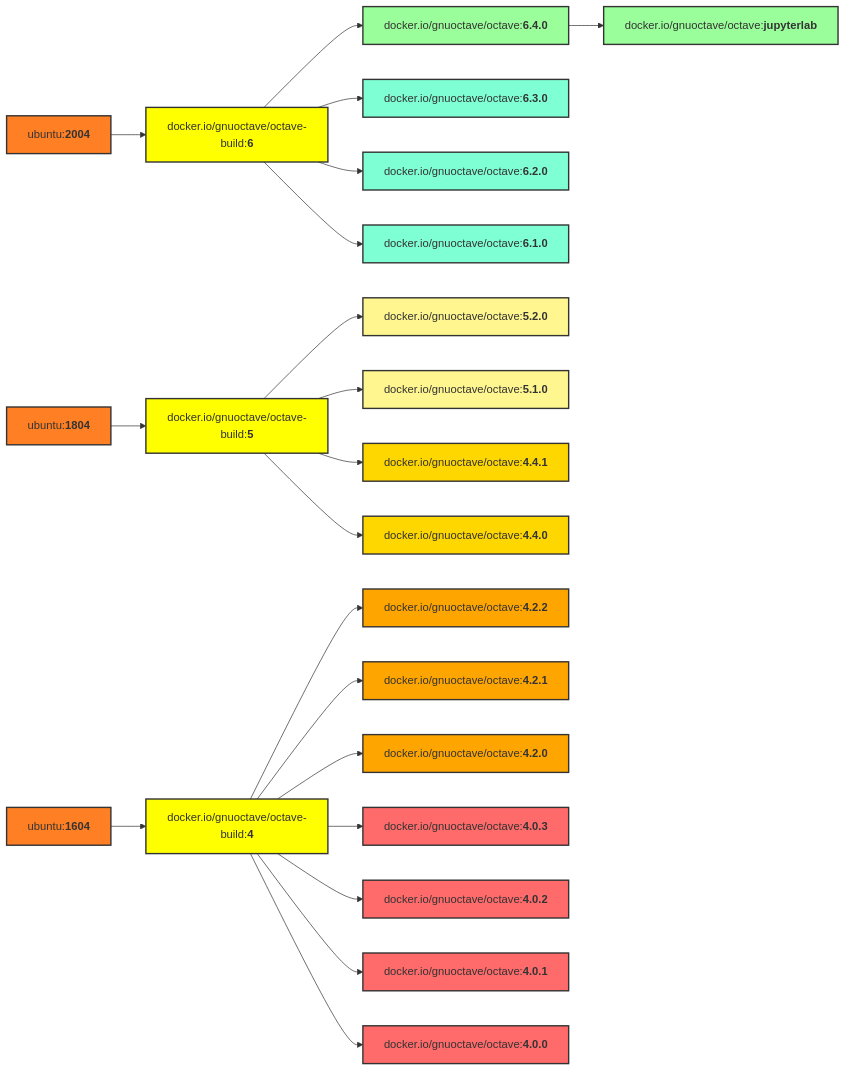
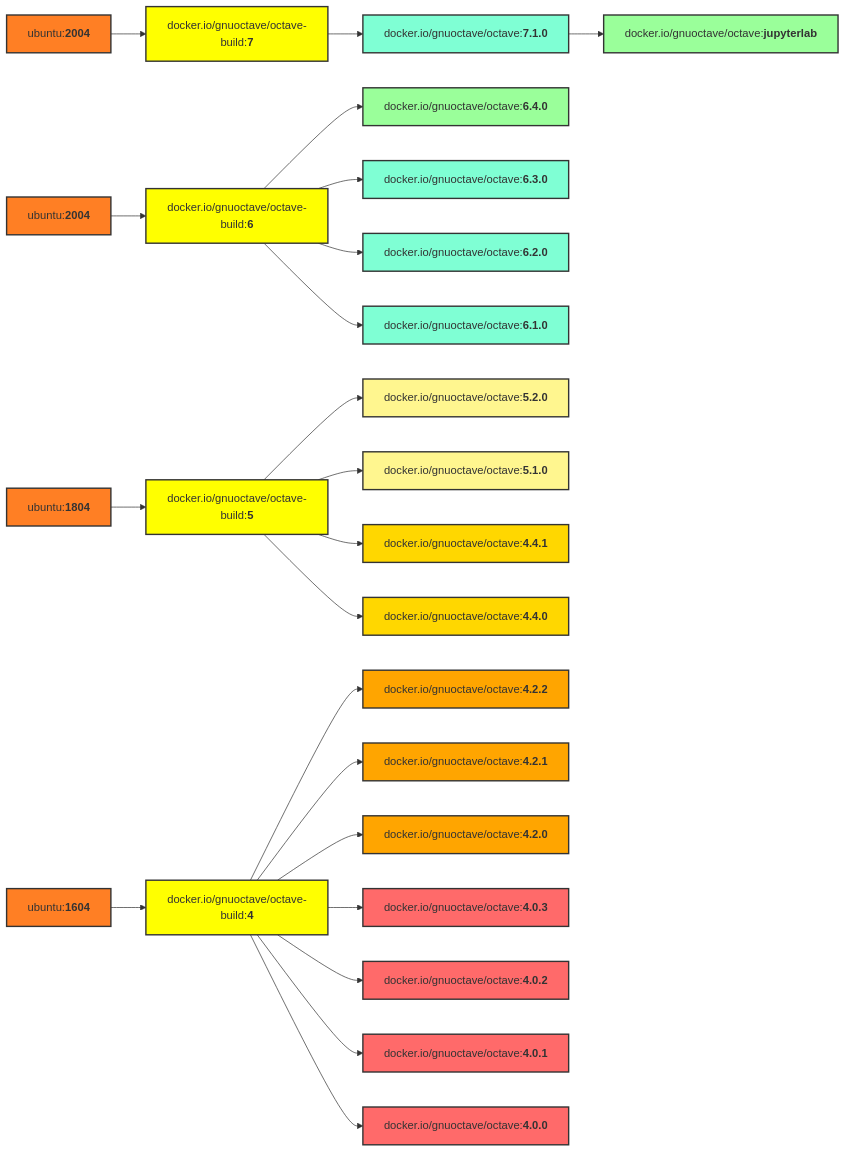
One commit to gnu-octave/docker changed the diagram in README.md. Above: the diagram before and after it, drawn with Mermaid. The commit also changed other lines of this file and 4 other files, not shown here.

````diff
--- a/README.md
+++ b/README.md
@@ -26,52 +26,57 @@
 ```mermaid
 graph LR
+    U4[ubuntu:<b>2004</b>] --> b7[docker.io/gnuoctave/octave-build:<b>7</b>];
     U3[ubuntu:<b>2004</b>] --> b6[docker.io/gnuoctave/octave-build:<b>6</b>];
     U2[ubuntu:<b>1804</b>] --> b5[docker.io/gnuoctave/octave-build:<b>5</b>];
     U1[ubuntu:<b>1604</b>] --> b4[docker.io/gnuoctave/octave-build:<b>4</b>];
+    b7 --> v710[docker.io/gnuoctave/octave:<b>7.1.0</b>];
     b6 --> v640[docker.io/gnuoctave/octave:<b>6.4.0</b>];
     b6 --> v630[docker.io/gnuoctave/octave:<b>6.3.0</b>];
     b6 --> v620[docker.io/gnuoctave/octave:<b>6.2.0</b>];
     b6 --> v610[docker.io/gnuoctave/octave:<b>6.1.0</b>];
     b5 --> v520[docker.io/gnuoctave/octave:<b>5.2.0</b>];
     b5 --> v510[docker.io/gnuoctave/octave:<b>5.1.0</b>];
     b5 --> v441[docker.io/gnuoctave/octave:<b>4.4.1</b>];
     b5 --> v440[docker.io/gnuoctave/octave:<b>4.4.0</b>];
     b4 --> v422[docker.io/gnuoctave/octave:<b>4.2.2</b>];
     b4 --> v421[docker.io/gnuoctave/octave:<b>4.2.1</b>];
     b4 --> v420[docker.io/gnuoctave/octave:<b>4.2.0</b>];
     b4 --> v403[docker.io/gnuoctave/octave:<b>4.0.3</b>];
     b4 --> v402[docker.io/gnuoctave/octave:<b>4.0.2</b>];
     b4 --> v401[docker.io/gnuoctave/octave:<b>4.0.1</b>];
     b4 --> v400[docker.io/gnuoctave/octave:<b>4.0.0</b>];
-    v640 --> jl[docker.io/gnuoctave/octave:<b>jupyterlab</b>];
+    v710 --> jl[docker.io/gnuoctave/octave:<b>jupyterlab</b>];
     classDef U fill:#ff7f24,stroke:#333,stroke-width:2px;
     class U1 U;
     class U2 U;
     class U3 U;
+    class U4 U;
     classDef b fill:#ff0,stroke:#333,stroke-width:2px;
     class b4 b;
     class b5 b;
     class b6 b;
+    class b7 b;
     classDef age1 fill:#9aff9a,stroke:#333,stroke-width:2px;
     classDef age2 fill:#7fffd4,stroke:#333,stroke-width:2px;
     classDef age3 fill:#fff68f,stroke:#333,stroke-width:2px;
     classDef age4 fill:#ffd700,stroke:#333,stroke-width:2px;
     classDef age5 fill:#ffa500,stroke:#333,stroke-width:2px;
     classDef age6 fill:#ff6a6a,stroke:#333,stroke-width:2px;
     class jl age1;
     class v640 age1;
+    class v710 age2;
     class v630 age2;
     class v620 age2;
     class v610 age2;
     class v520 age3;
     class v510 age3;
     class v441 age4;
     class v440 age4;
     class v422 age5;
     class v421 age5;
     class v420 age5;
     class v403 age6;
     class v402 age6;
     class v401 age6;
     class v400 age6;
 ```
````
